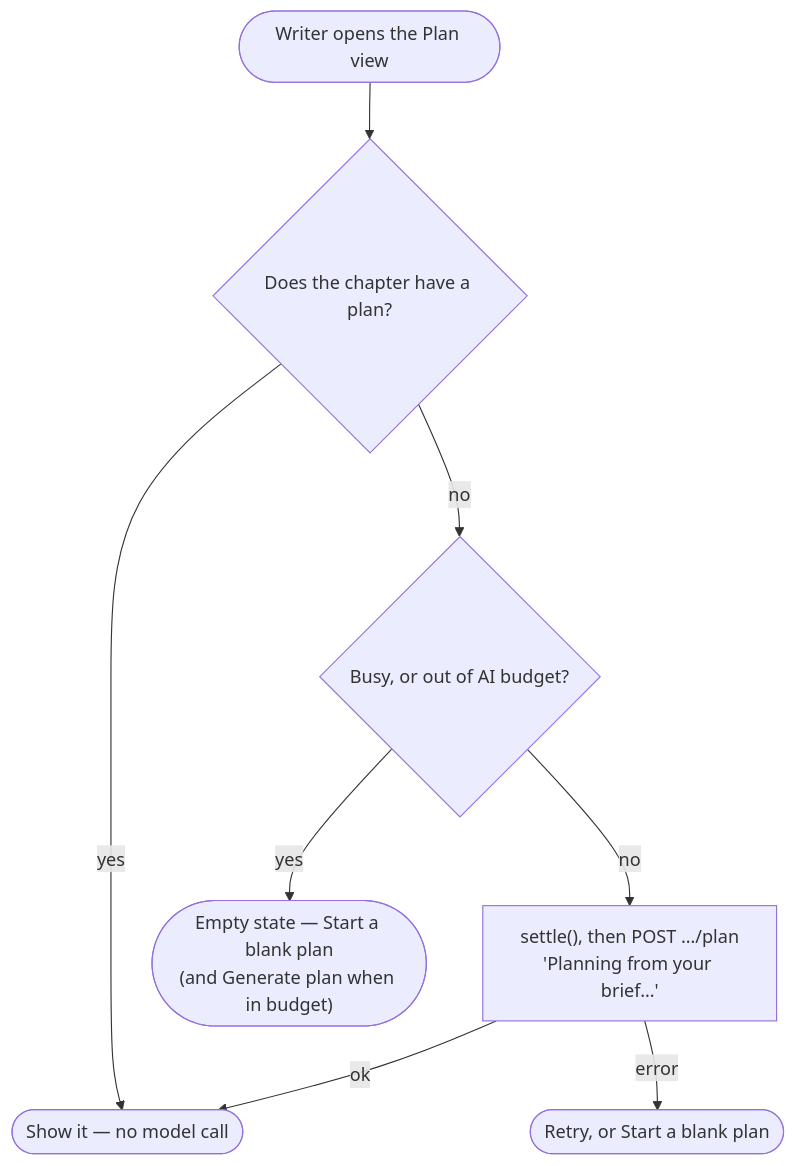
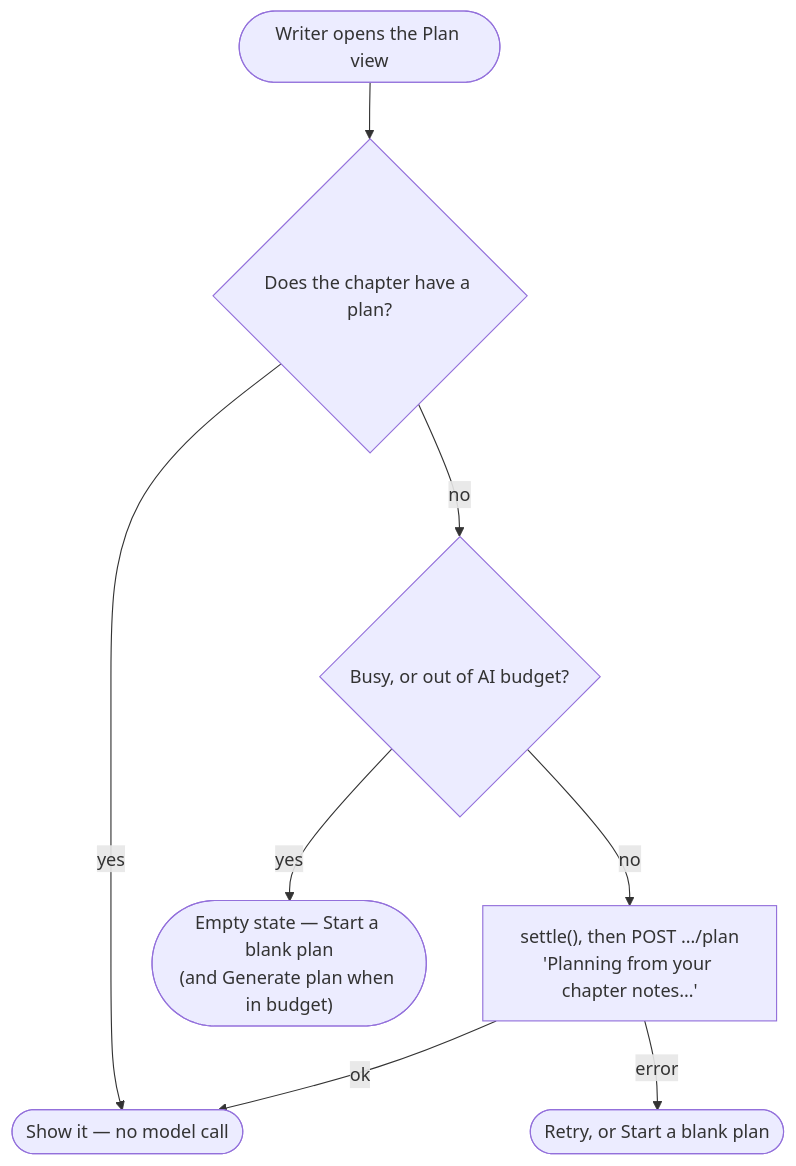
One commit to Akazz-L/maya changed the sixth of 6 diagrams in docs/diagrams/05-frontend-flows.md. Above: the diagram before and after it, drawn with Mermaid. The commit also changed other lines of this file and 5 other files, not shown here.

First line of the commit message:
feat: show the chapter notes a plan is built from in the Plan view

````diff
--- a/docs/diagrams/05-frontend-flows.md
+++ b/docs/diagrams/05-frontend-flows.md
@@ -215,10 +215,10 @@
 ```mermaid
 flowchart TD
     OPEN(["Writer opens the Plan view"]) --> A{"Does the chapter have a plan?"}
     A -->|yes| SHOW(["Show it — no model call"])
     A -->|no| B{"Busy, or out of AI budget?"}
-    B -->|no| GEN["settle(), then POST …/plan<br/>'Planning from your brief…'"]
+    B -->|no| GEN["settle(), then POST …/plan<br/>'Planning from your chapter notes…'"]
     B -->|yes| EMPTY(["Empty state — Start a blank plan<br/>(and Generate plan when in budget)"])
     GEN -->|ok| SHOW
     GEN -->|error| FAIL(["Retry, or Start a blank plan"])
 ```
````
